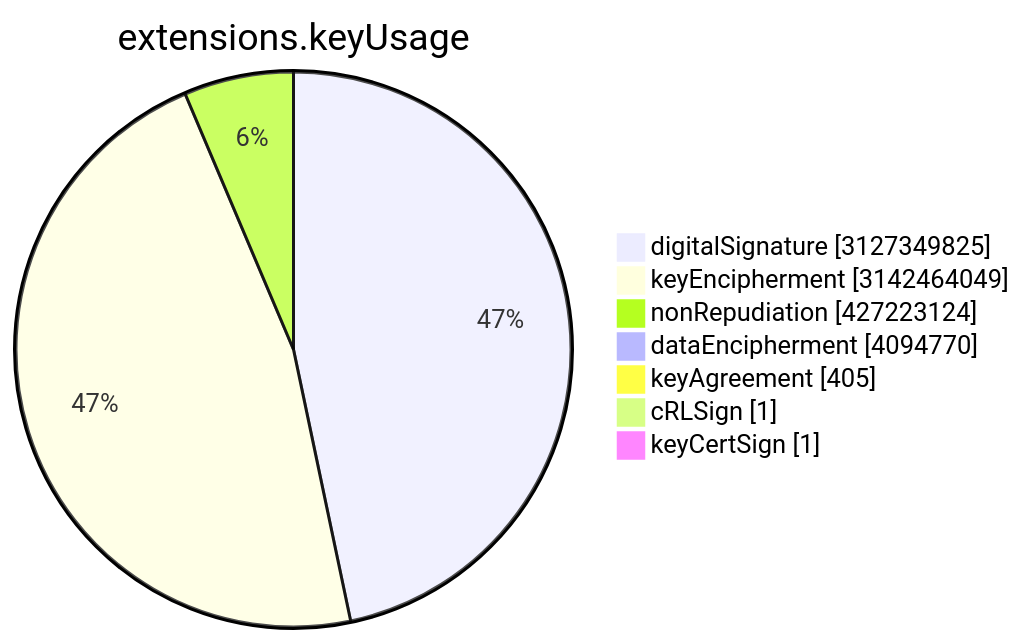
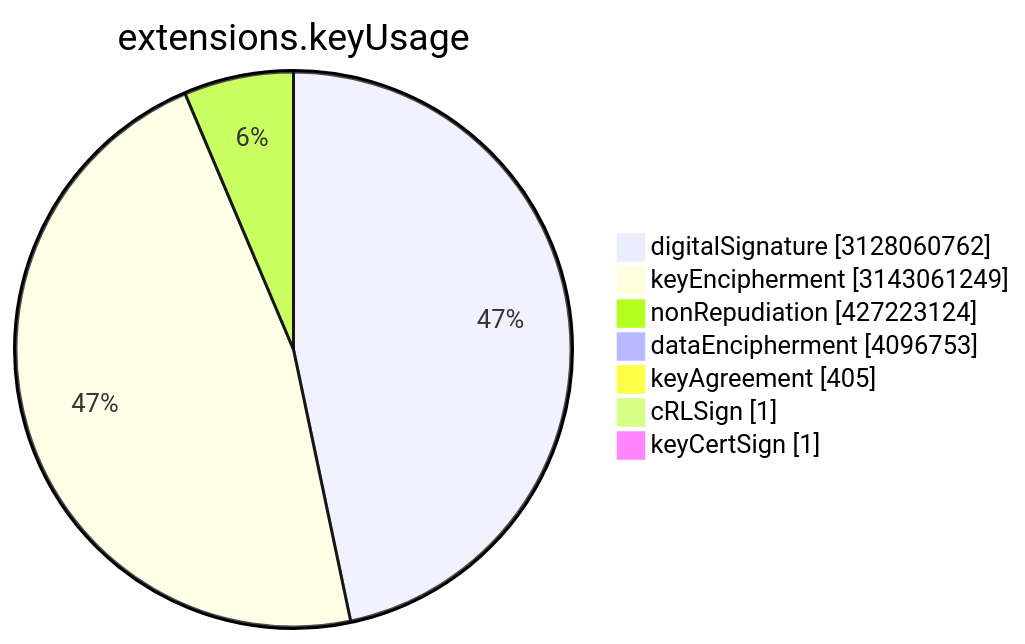
One commit to christiankrug/ctmonitor_visualization changed the sixth of 15 diagrams in TOTAL/README.md. Above: the diagram before and after it, drawn with Mermaid. The commit also changed other lines of this file, not shown here.

````diff
--- a/TOTAL/README.md
+++ b/TOTAL/README.md
@@ -3077,11 +3077,11 @@
 ```mermaid
 pie showData
 title extensions.keyUsage
-"digitalSignature" :3127349825
-"keyEncipherment" :3142464049
+"digitalSignature" :3128060762
+"keyEncipherment" :3143061249
 "nonRepudiation" :427223124
-"dataEncipherment" :4094770
+"dataEncipherment" :4096753
 "keyAgreement" :405
 "cRLSign" :1
 "keyCertSign" :1
 ```
````
